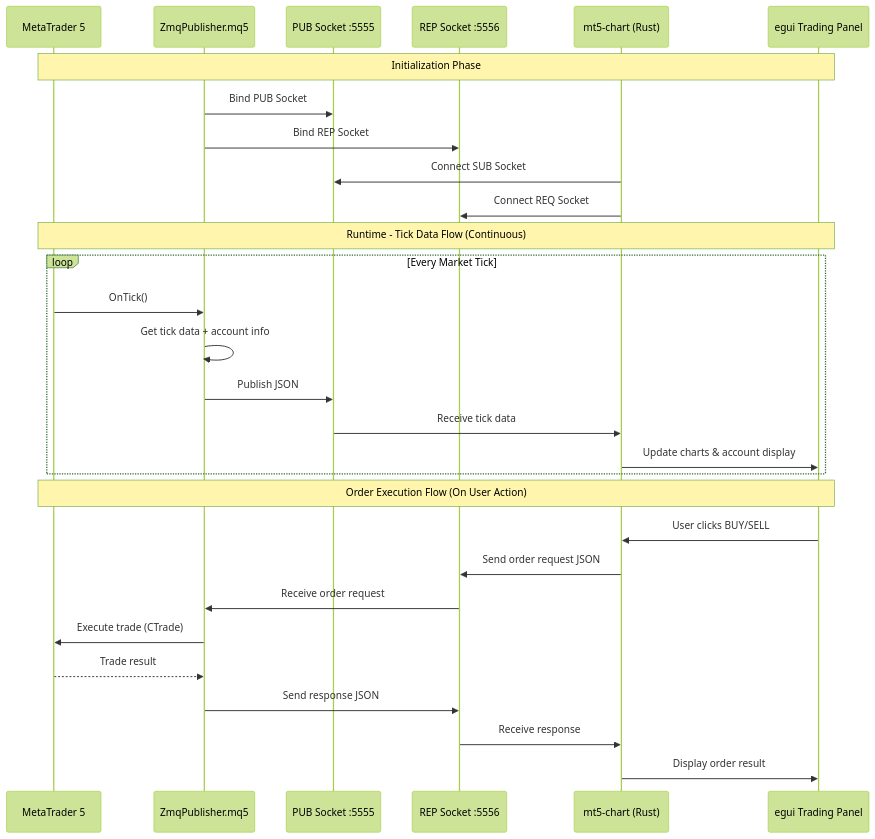
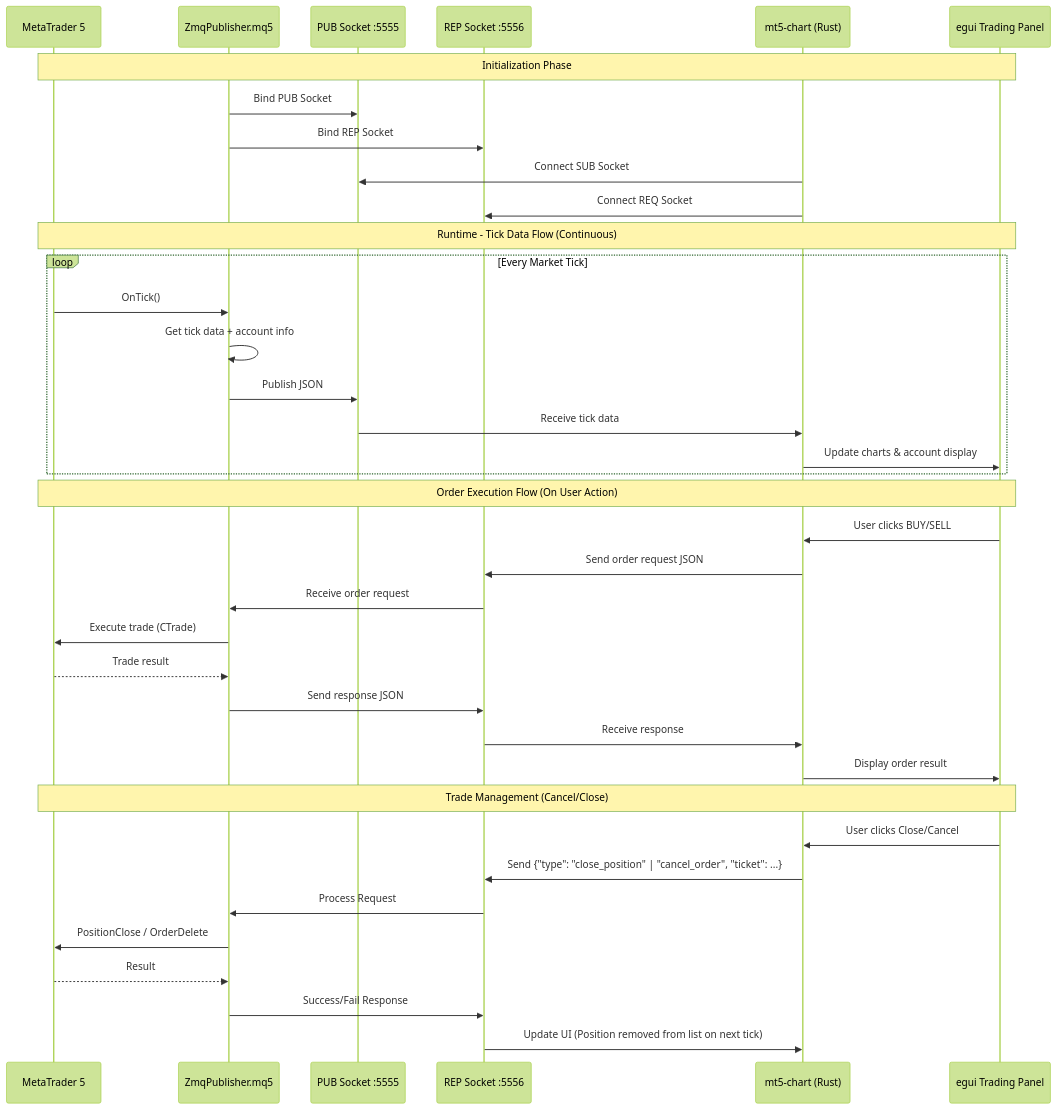
The second of 4 diagrams in trading-architecture-diagram.md (algorembrant/SUM3API), drawn with Mermaid (forest theme) before and after one commit. The commit also changed other lines of this file and 196 other files, not shown here.

````diff
--- a/trading-architecture-diagram.md
+++ b/trading-architecture-diagram.md
@@ -65,34 +65,43 @@
 ```mermaid
 sequenceDiagram
     participant MT5 as MetaTrader 5
     participant EA as ZmqPublisher.mq5
     participant PUB as PUB Socket :5555
     participant REP as REP Socket :5556
     participant Rust as mt5-chart (Rust)
     participant GUI as egui Trading Panel
 
     Note over MT5,GUI: Initialization Phase
     EA->>PUB: Bind PUB Socket
     EA->>REP: Bind REP Socket
     Rust->>PUB: Connect SUB Socket
     Rust->>REP: Connect REQ Socket
 
     Note over MT5,GUI: Runtime - Tick Data Flow (Continuous)
     loop Every Market Tick
         MT5->>EA: OnTick()
         EA->>EA: Get tick data + account info
         EA->>PUB: Publish JSON
         PUB->>Rust: Receive tick data
         Rust->>GUI: Update charts & account display
     end
 
     Note over MT5,GUI: Order Execution Flow (On User Action)
     GUI->>Rust: User clicks BUY/SELL
     Rust->>REP: Send order request JSON
     REP->>EA: Receive order request
     EA->>MT5: Execute trade (CTrade)
     MT5-->>EA: Trade result
     EA->>REP: Send response JSON
     REP->>Rust: Receive response
     Rust->>GUI: Display order result
+
+    Note over MT5,GUI: Trade Management (Cancel/Close)
+    GUI->>Rust: User clicks Close/Cancel
+    Rust->>REP: Send {"type": "close_position" | "cancel_order", "ticket": ...}
+    REP->>EA: Process Request
+    EA->>MT5: PositionClose / OrderDelete
+    MT5-->>EA: Result
+    EA->>REP: Success/Fail Response
+    REP->>Rust: Update UI (Position removed from list on next tick)
 ```
````
